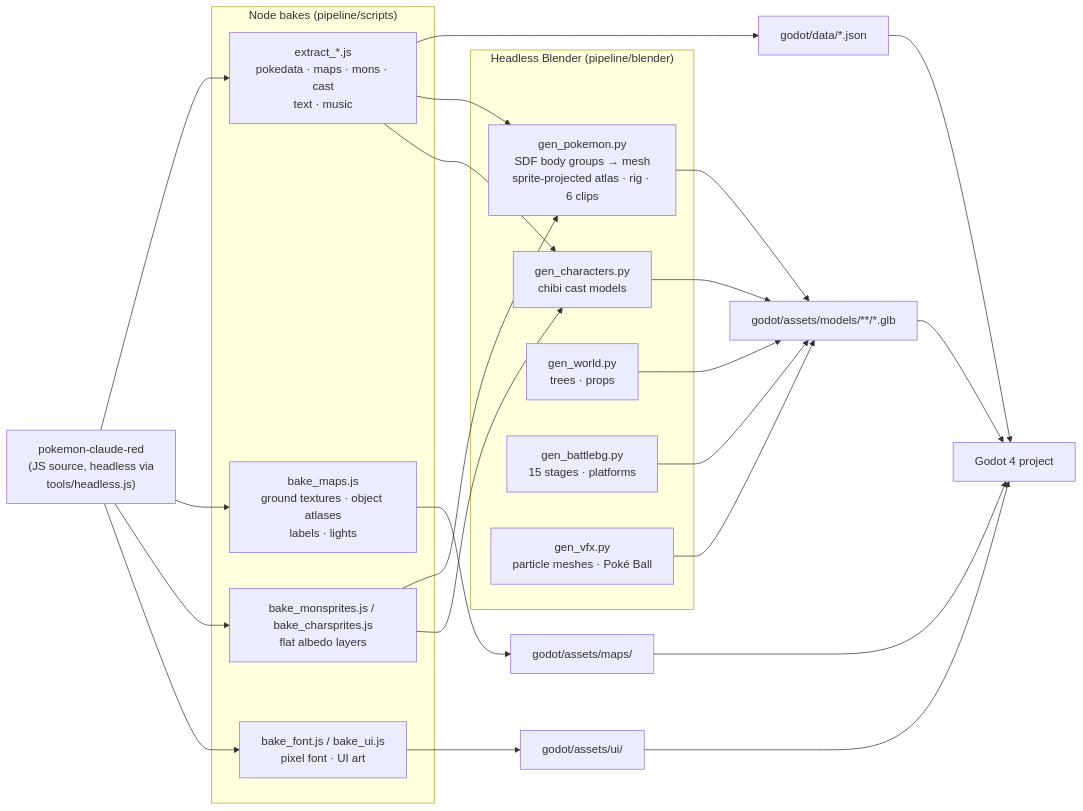
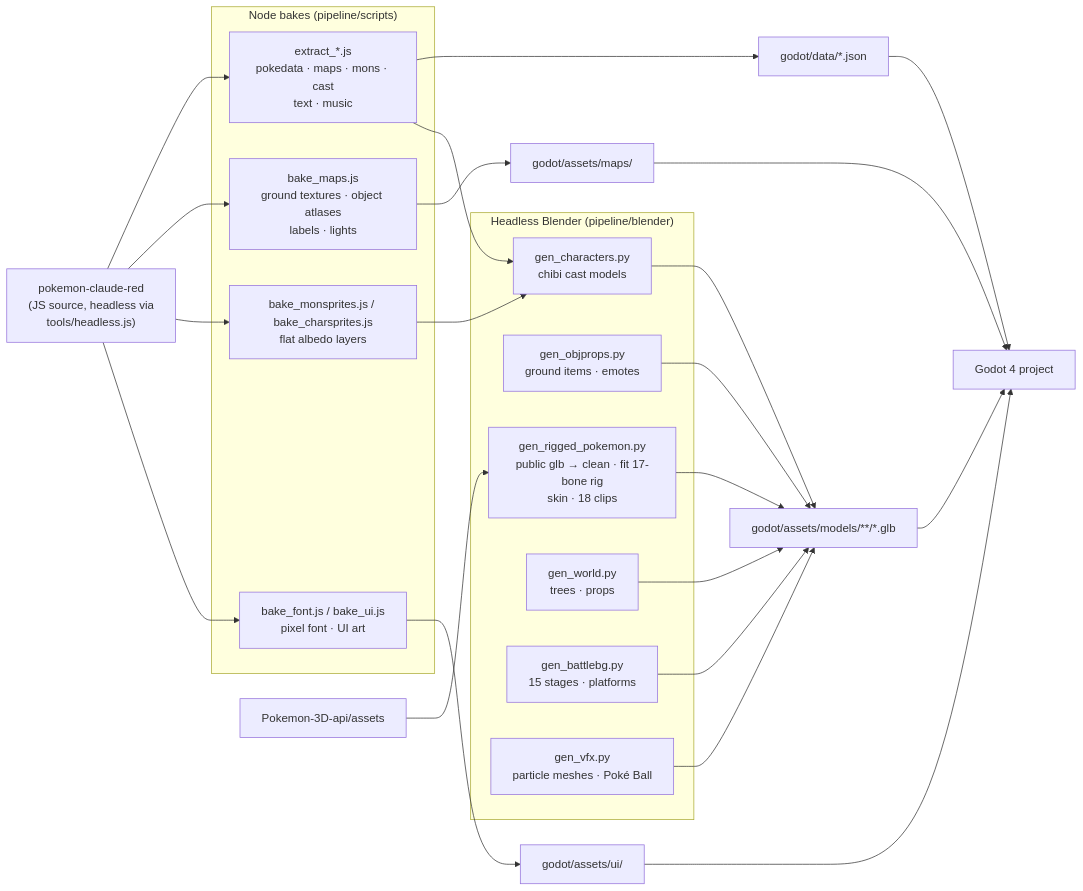
Before and after one commit to jgyy/redgodot: diagram 13 of 14 in README.md, drawn with Mermaid. The commit also changed other lines of this file and 124 other files, not shown here.

First line of the commit message:
Follower moods, spinner test, docs: credits, mermaid, refreshed gallery; CI checks

````diff
--- a/README.md
+++ b/README.md
@@ -307,25 +518,27 @@
 ```mermaid
 flowchart LR
     UP["pokemon-claude-red\n(JS source, headless via\ntools/headless.js)"]
     subgraph Node["Node bakes (pipeline/scripts)"]
         EX["extract_*.js\npokedata · maps · mons · cast\ntext · music"]
         BM["bake_maps.js\nground textures · object atlases\nlabels · lights"]
         BS["bake_monsprites.js / bake_charsprites.js\nflat albedo layers"]
         BF["bake_font.js / bake_ui.js\npixel font · UI art"]
     end
     subgraph Blender["Headless Blender (pipeline/blender)"]
-        GP["gen_pokemon.py\nSDF body groups → mesh\nsprite-projected atlas · rig · 6 clips"]
+        GP["gen_rigged_pokemon.py\npublic glb → clean · fit 17-bone rig\nskin · 18 clips"]
+        GO["gen_objprops.py\nground items · emotes"]
         GC["gen_characters.py\nchibi cast models"]
         GW["gen_world.py\ntrees · props"]
         GB["gen_battlebg.py\n15 stages · platforms"]
         GV["gen_vfx.py\nparticle meshes · Poké Ball"]
     end
     UP --> EX & BM & BS & BF
     EX --> DATA["godot/data/*.json"]
-    BS --> GP & GC
-    EX --> GP & GC
+    BS --> GC
+    EX --> GC
+    PUB["Pokemon-3D-api/assets"] --> GP
     BM --> MAPS["godot/assets/maps/"]
-    GP & GC & GW & GB & GV --> GLB["godot/assets/models/**/*.glb"]
+    GP & GO & GC & GW & GB & GV --> GLB["godot/assets/models/**/*.glb"]
     BF --> UIA["godot/assets/ui/"]
     DATA & MAPS & GLB & UIA --> GODOT["Godot 4 project"]
 ```
````
